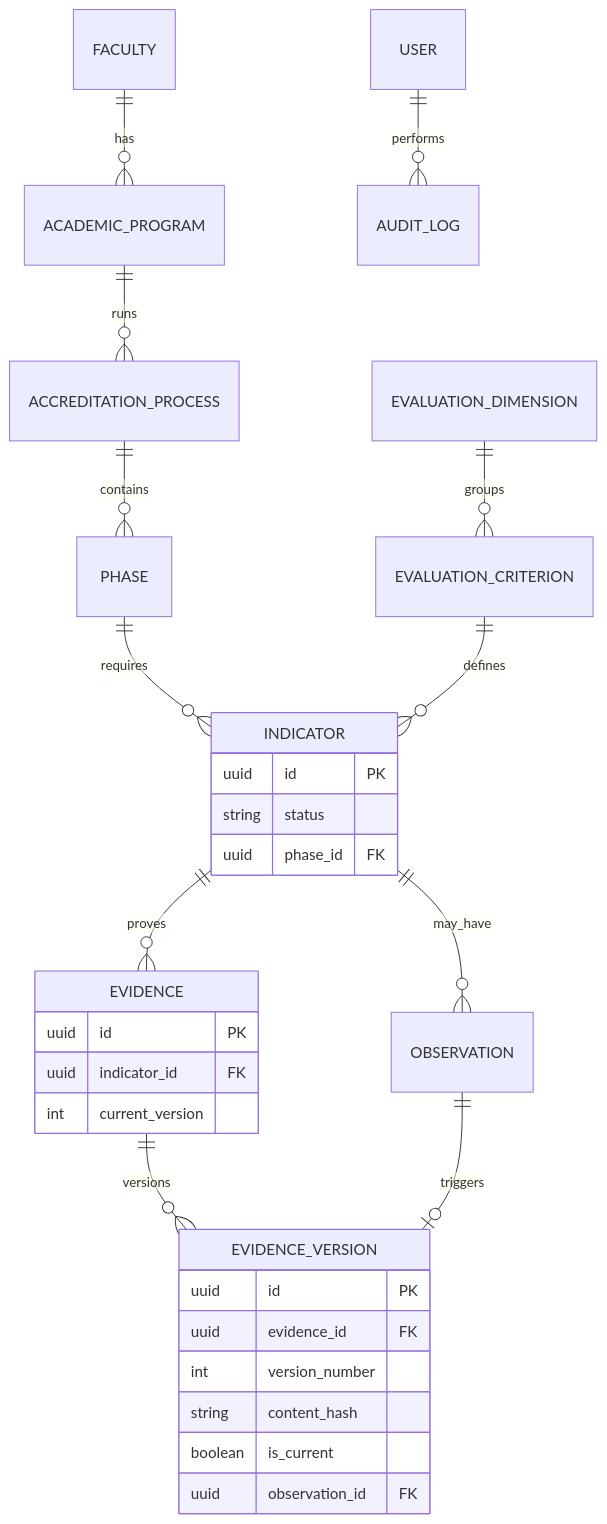
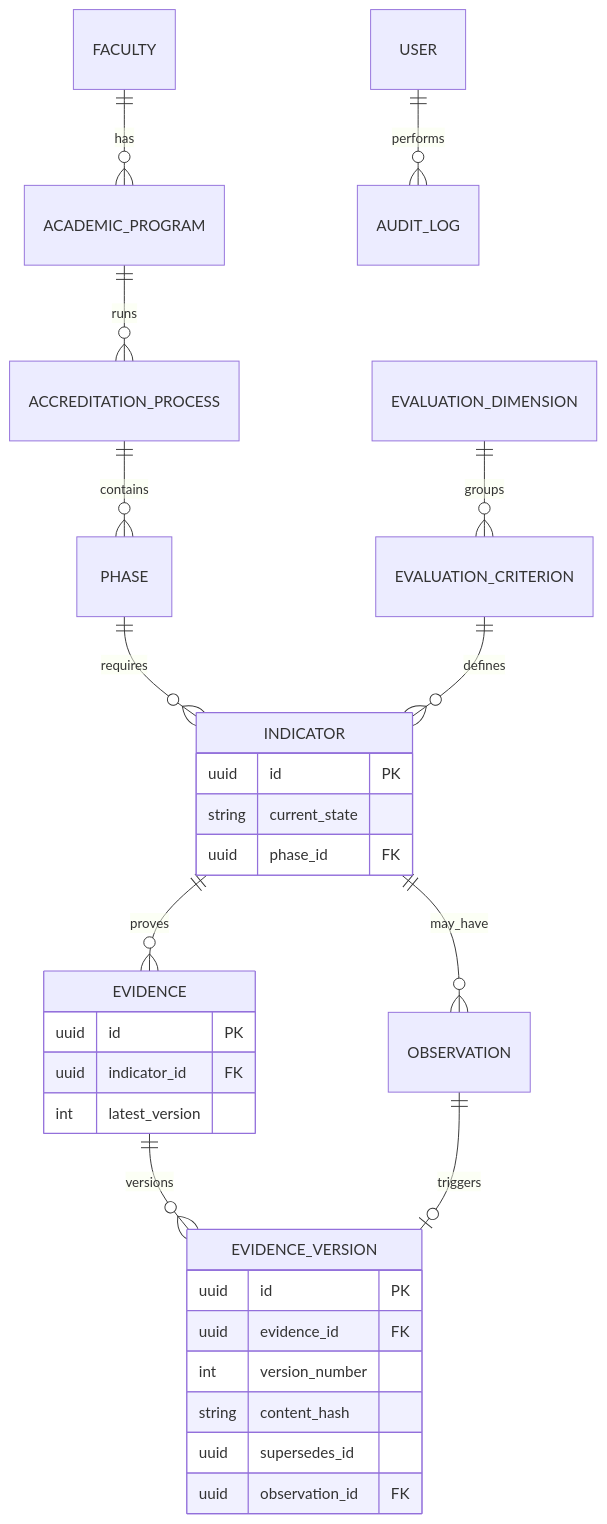
One commit to AcredIA-UMSS/sigesa-docs changed the third of 3 diagrams in docs/04_fsd/FSD.md. Above: the diagram before and after it, drawn with Mermaid. The commit also changed other lines of this file and 40 other files, not shown here.

First line of the commit message:
docs(dti): align SIGESA cloud architecture v1

````diff
--- a/docs/04_fsd/FSD.md
+++ b/docs/04_fsd/FSD.md
@@ -362,32 +363,32 @@
 ```mermaid
 erDiagram
   FACULTY ||--o{ ACADEMIC_PROGRAM : has
   ACADEMIC_PROGRAM ||--o{ ACCREDITATION_PROCESS : runs
   ACCREDITATION_PROCESS ||--o{ PHASE : contains
   PHASE ||--o{ INDICATOR : requires
   EVALUATION_DIMENSION ||--o{ EVALUATION_CRITERION : groups
   EVALUATION_CRITERION ||--o{ INDICATOR : defines
   INDICATOR ||--o{ EVIDENCE : proves
   EVIDENCE ||--o{ EVIDENCE_VERSION : versions
   INDICATOR ||--o{ OBSERVATION : may_have
   OBSERVATION ||--o| EVIDENCE_VERSION : triggers
   USER ||--o{ AUDIT_LOG : performs
   INDICATOR {
     uuid id PK
-    string status
+    string current_state
     uuid phase_id FK
   }
   EVIDENCE {
     uuid id PK
     uuid indicator_id FK
-    int current_version
+    int latest_version
   }
   EVIDENCE_VERSION {
     uuid id PK
     uuid evidence_id FK
     int version_number
     string content_hash
-    boolean is_current
+    uuid supersedes_id
     uuid observation_id FK
   }
 ```
````
